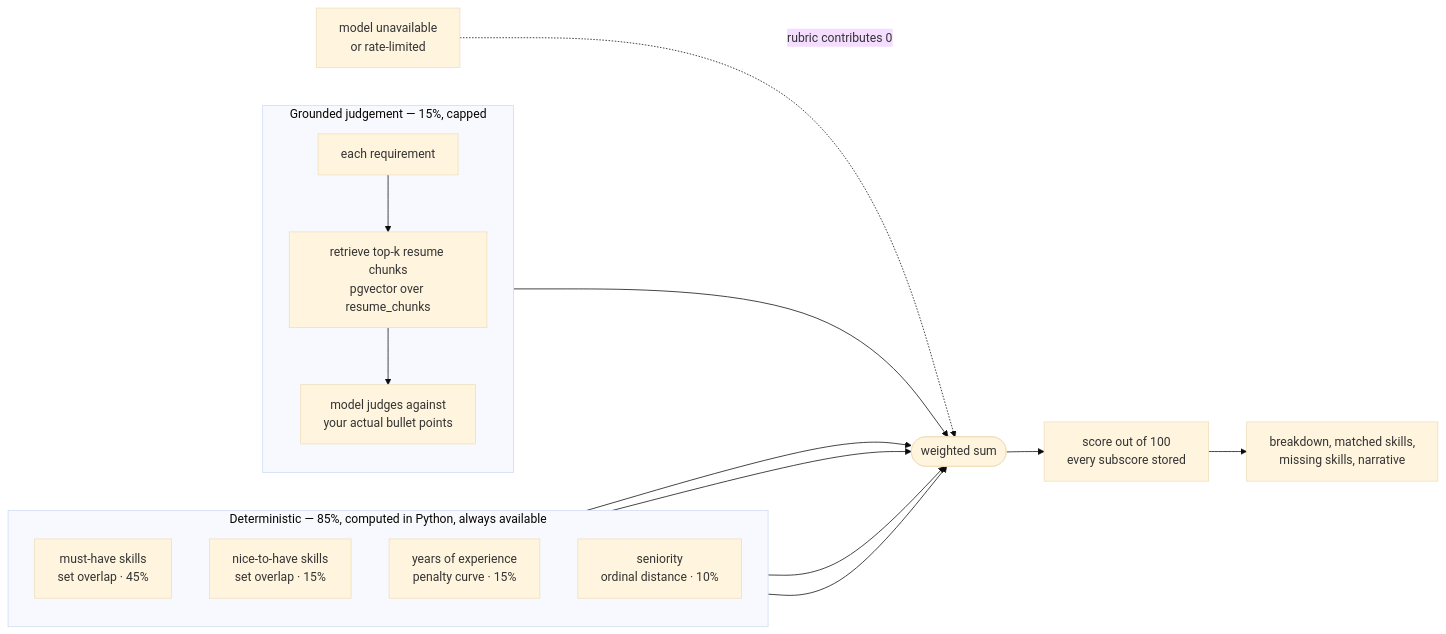
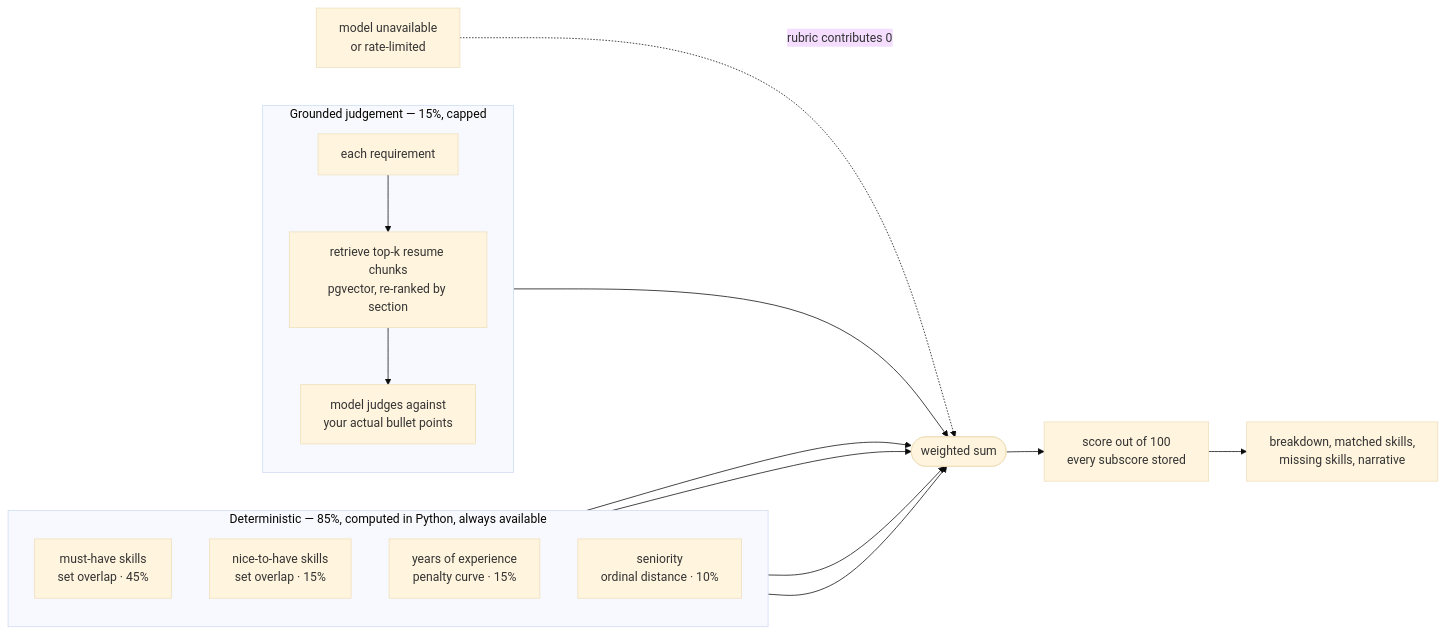
Before and after one commit to dead-shadow-7/AI-Job-Application-Tracker: the fourth of 5 diagrams in README.md, drawn with Mermaid (base theme). The commit also changed other lines of this file and 12 other files, not shown here.

````diff
--- a/README.md
+++ b/README.md
@@ -460,27 +460,27 @@
 ```mermaid
 flowchart LR
     subgraph det["Deterministic — 85%, computed in Python, always available"]
         direction TB
         MUST["must-have skills<br/>set overlap · 45%"]
         NICE["nice-to-have skills<br/>set overlap · 15%"]
         EXP["years of experience<br/>penalty curve · 15%"]
         SEN["seniority<br/>ordinal distance · 10%"]
     end
 
     subgraph rag["Grounded judgement — 15%, capped"]
         direction TB
-        REQ["each requirement"] --> RET["retrieve top-k resume chunks<br/>pgvector over resume_chunks"]
+        REQ["each requirement"] --> RET["retrieve top-k resume chunks<br/>pgvector, re-ranked by section"]
         RET --> JUDGE["model judges against<br/>your actual bullet points"]
     end
 
     MUST --> SUM(["weighted sum"])
     NICE --> SUM
     EXP --> SUM
     SEN --> SUM
     JUDGE --> SUM
 
     SUM --> OUT["score out of 100<br/>every subscore stored"]
     OUT --> UI["breakdown, matched skills,<br/>missing skills, narrative"]
 
     RAG_FAIL["model unavailable<br/>or rate-limited"] -.->|"rubric contributes 0"| SUM
 ```
````
